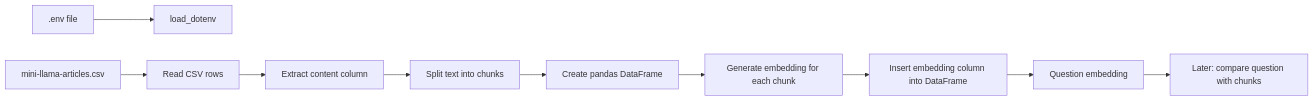
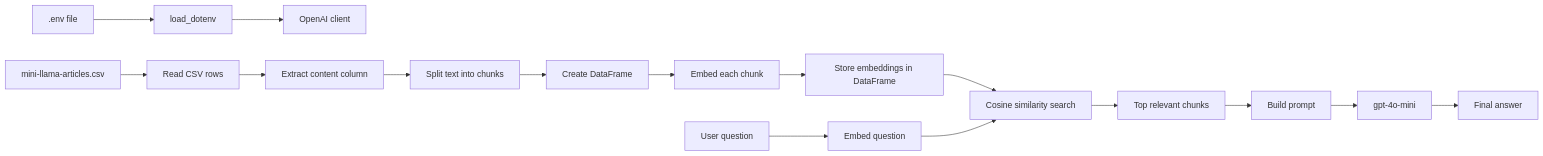
Before and after one commit to moslemajra85/knowlege_base_rag: the first of 14 diagrams in README.md, drawn with Mermaid. The commit also changed other lines of this file, not shown here.

````diff
--- a/README.md
+++ b/README.md
@@ -45,12 +45,18 @@
 ```mermaid
 flowchart LR
     A[.env file] --> B[load_dotenv]
-    C[mini-llama-articles.csv] --> D[Read CSV rows]
-    D --> E[Extract content column]
-    E --> F[Split text into chunks]
-    F --> G[Create pandas DataFrame]
-    G --> H[Generate embedding for each chunk]
-    H --> I[Insert embedding column into DataFrame]
-    I --> J[Question embedding]
-    J --> K[Later: compare question with chunks]
+    B --> C[OpenAI client]
+    D[mini-llama-articles.csv] --> E[Read CSV rows]
+    E --> F[Extract content column]
+    F --> G[Split text into chunks]
+    G --> H[Create DataFrame]
+    H --> I[Embed each chunk]
+    I --> J[Store embeddings in DataFrame]
+    K[User question] --> L[Embed question]
+    J --> M[Cosine similarity search]
+    L --> M
+    M --> N[Top relevant chunks]
+    N --> O[Build prompt]
+    O --> P[gpt-4o-mini]
+    P --> Q[Final answer]
 ```
````
